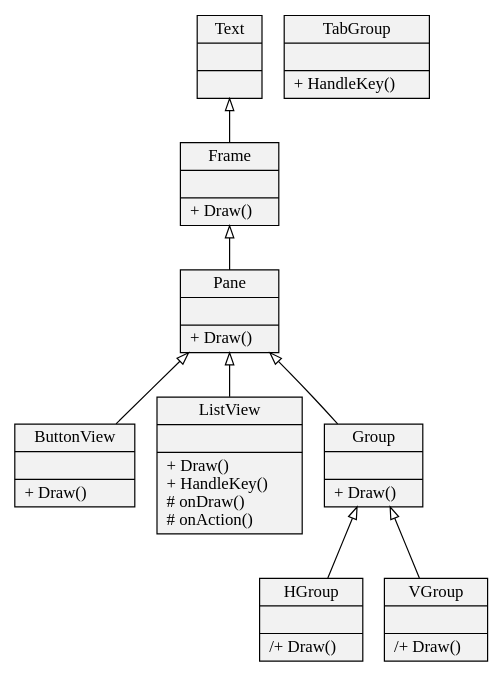
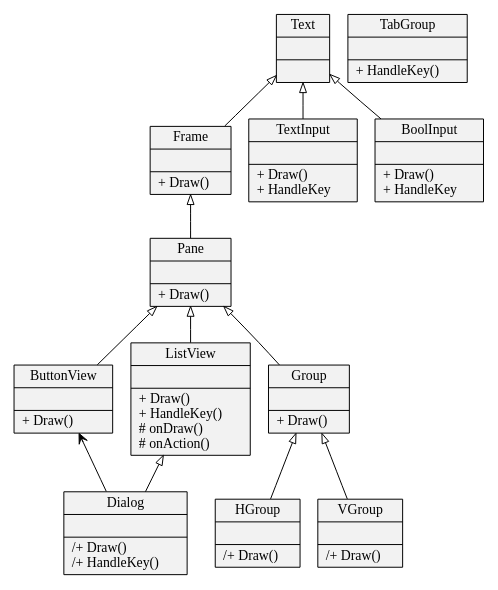
The diagram in docs/source/lib/clui.rst (rstemmer/musicdb), drawn with Graphviz before and after one commit. The commit also changed other lines of this file and 9 other files, not shown here.

```diff
--- a/docs/source/lib/clui.rst
+++ b/docs/source/lib/clui.rst
@@ -8,30 +15,38 @@
    .. graphviz::
 
       digraph hierarchy {
          size="5,8"
          node[shape=record,style=filled,fillcolor=gray95]
          edge[dir=back, arrowtail=empty]
 
          Text        [label = "{Text||}"]
          Frame       [label = "{Frame||+ Draw()\l}"]
          Pane        [label = "{Pane||+ Draw()\l}"]
          ButtonView  [label = "{ButtonView||+ Draw()\l}"]
          ListView    [label = "{ListView||+ Draw()\l+ HandleKey()\l# onDraw()\l# onAction()\l}"]
+         Dialog      [label = "{Dialog||/+ Draw()\l/+ HandleKey()\l}"]
          Group       [label = "{Group||+ Draw()\l}"]
          HGroup      [label = "{HGroup||/+ Draw()\l}"]
          VGroup      [label = "{VGroup||/+ Draw()\l}"]
          TabGroup    [label = "{TabGroup||+ HandleKey()\l}"]
+         TextInput   [label = "{TextInput||+ Draw()\l+ HandleKey\l}"]
+         BoolInput   [label = "{BoolInput||+ Draw()\l+ HandleKey\l}"]
 
          Text        -> Frame
+         Text        -> TextInput
+         Text        -> BoolInput
          Frame       -> Pane
          
          Pane        -> ButtonView
          Pane        -> ListView
          Pane        -> Group
+
+         ListView    -> Dialog
+         ButtonView  -> Dialog [arrowtail=open]
 
          Group       -> HGroup
          Group       -> VGroup
 
          TabGroup
 
       }
```
